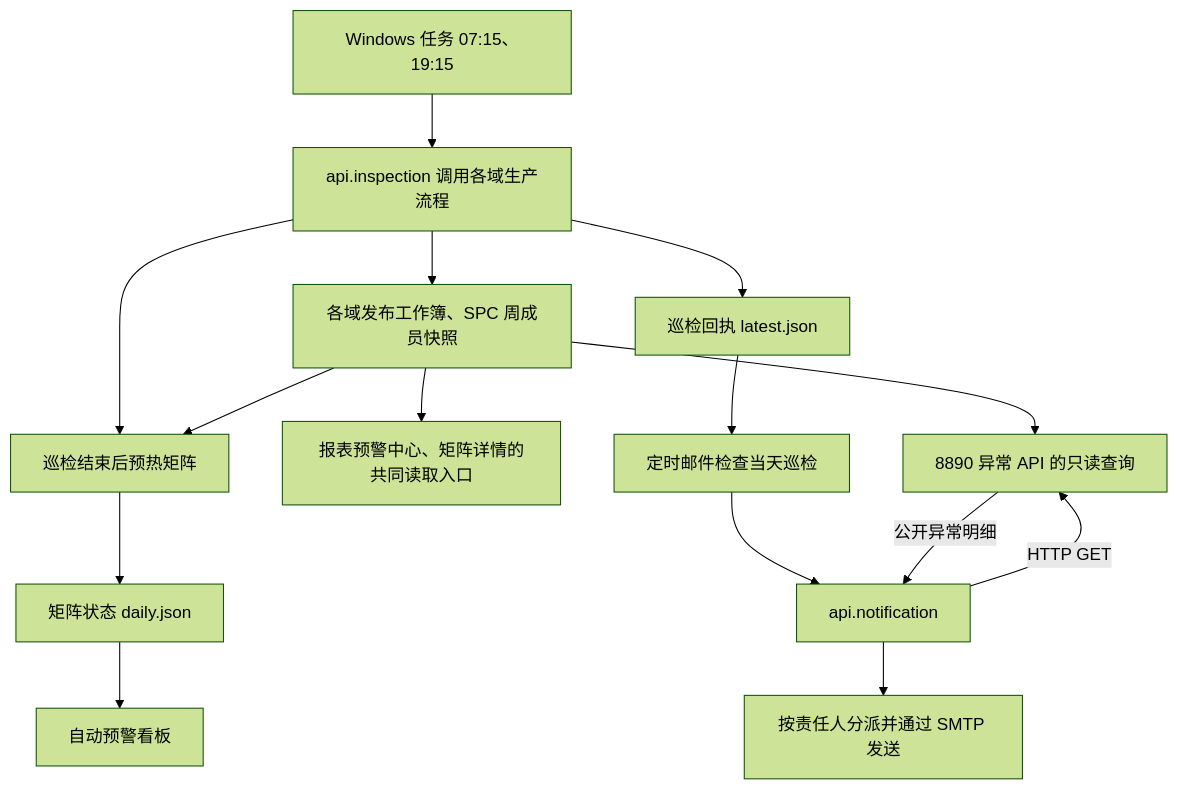
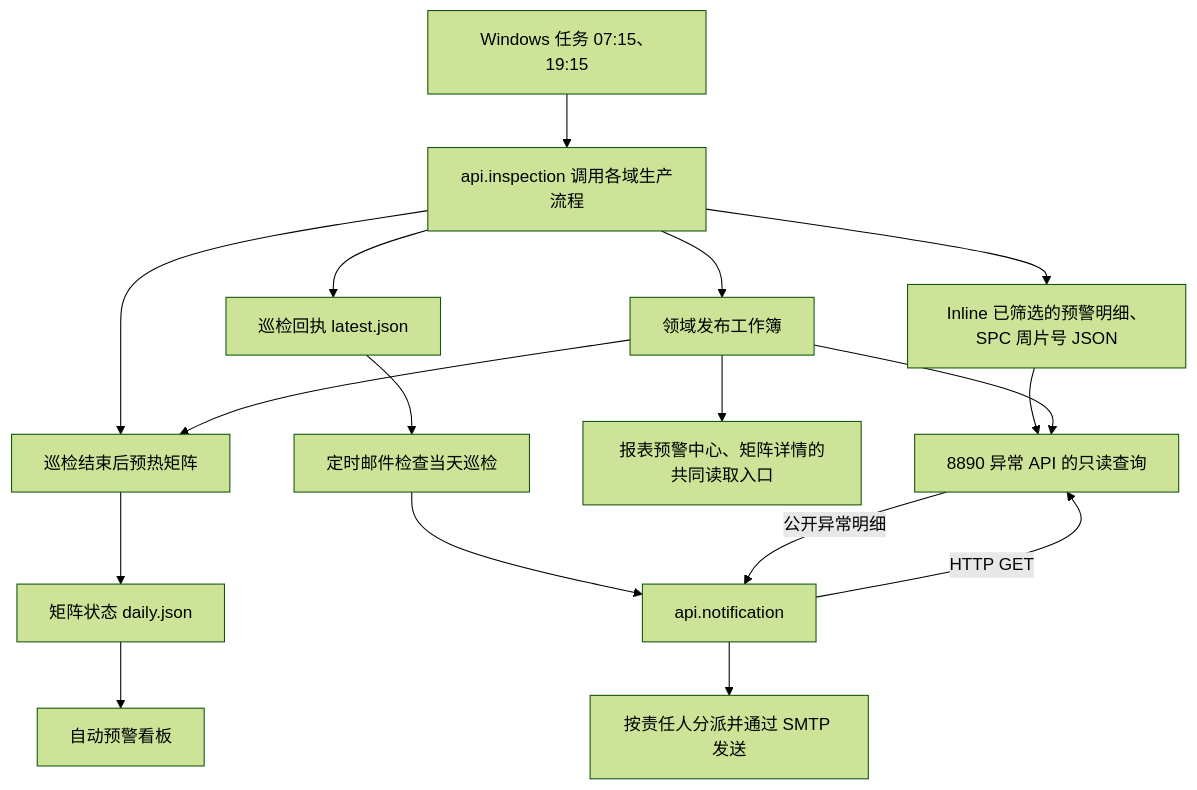
The diagram in references/domain/api/data-flow-anomaly-api.md (wzygio/vivo-project), drawn with Mermaid (forest theme) before and after one commit. The commit also changed other lines of this file and 129 other files, not shown here.

````diff
--- a/references/domain/api/data-flow-anomaly-api.md
+++ b/references/domain/api/data-flow-anomaly-api.md
@@ -9,16 +9,18 @@
 ```mermaid
 flowchart TD
     T["Windows 任务 07:15、19:15"] --> I["api.inspection 调用各域生产流程"]
-    I --> F["各域发布工作簿、SPC 周成员快照"]
+    I --> F["领域发布工作簿"]
+    I --> C["Inline 已筛选的预警明细、SPC 周片号 JSON"]
+    C --> A
     I --> R["巡检回执 latest.json"]
     I --> W["巡检结束后预热矩阵"]
     F --> W --> M["矩阵状态 daily.json"]
     M --> B["自动预警看板"]
     F --> P["报表预警中心、矩阵详情的共同读取入口"]
     F --> A["8890 异常 API 的只读查询"]
     R --> G["定时邮件检查当天巡检"]
     G --> N["api.notification"]
     N -->|"HTTP GET"| A
     A -->|"公开异常明细"| N
     N --> E["按责任人分派并通过 SMTP 发送"]
 ```
````
